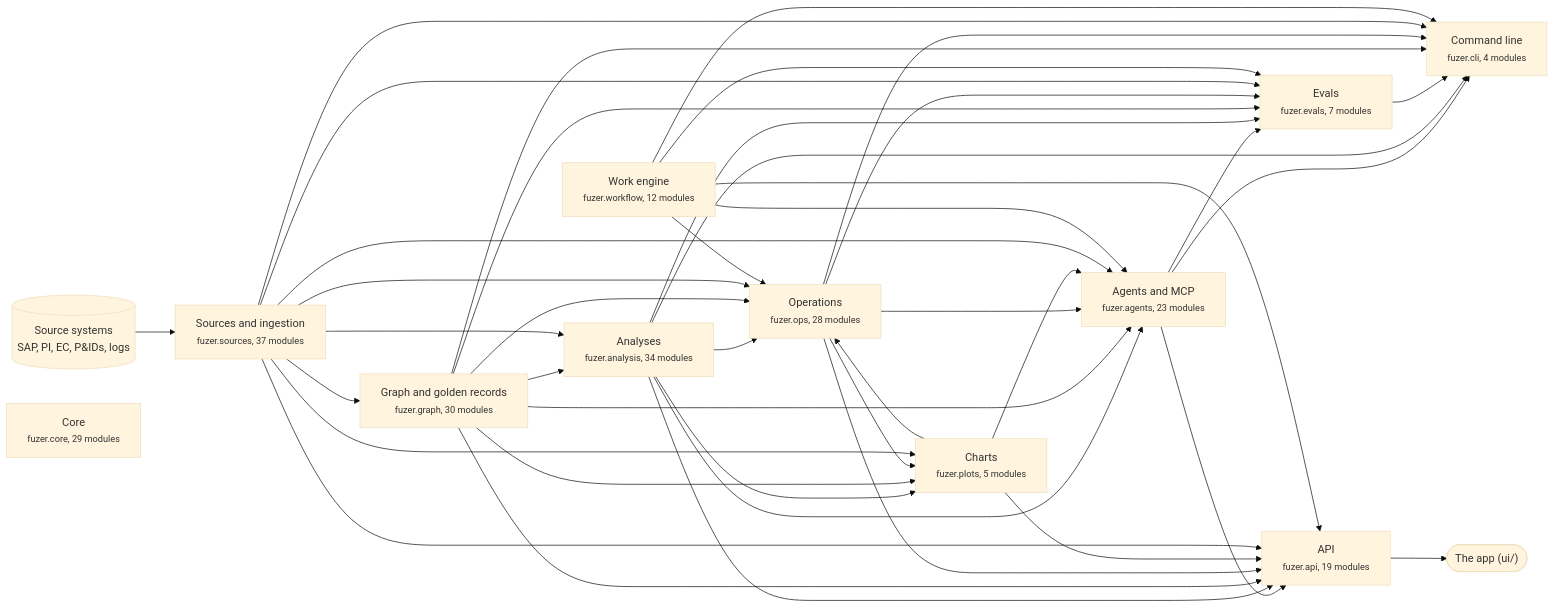
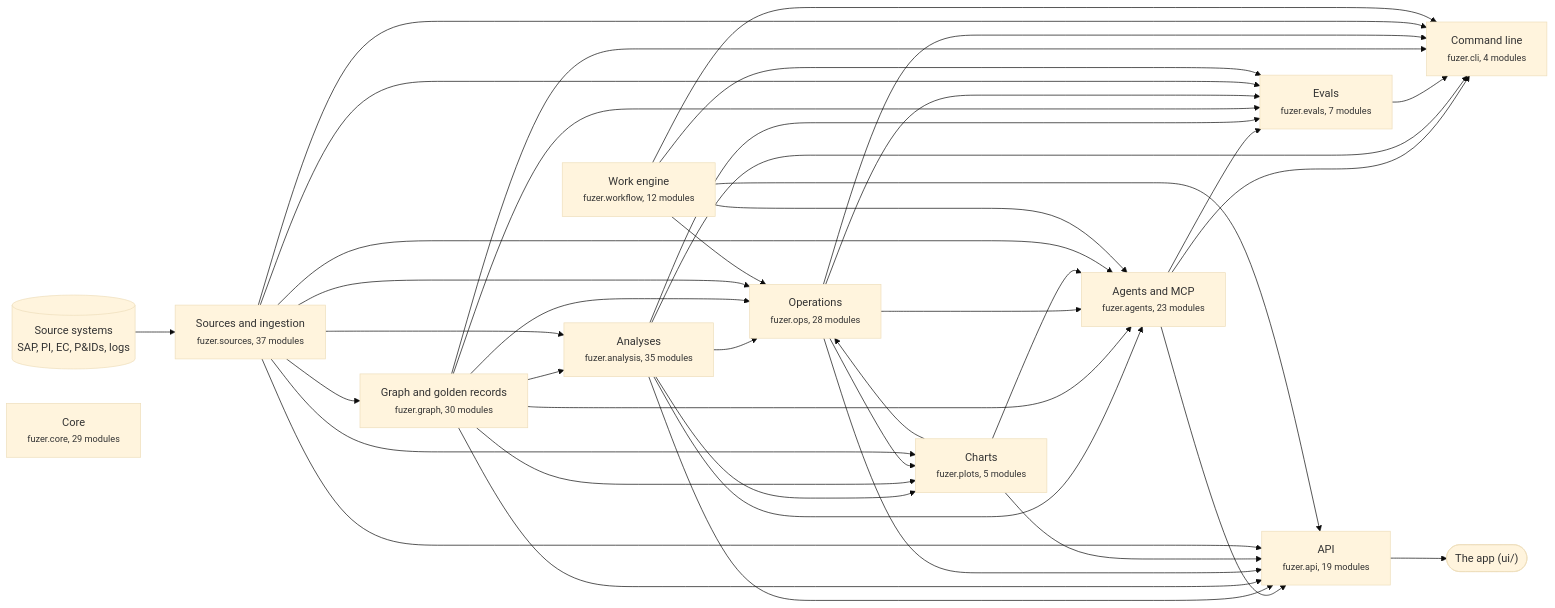
The first of 3 diagrams in docs/architecture.md (areed145/fuzer), drawn with Mermaid (base theme) before and after one commit. The commit also changed other lines of this file and 16 other files, not shown here.

````diff
--- a/docs/architecture.md
+++ b/docs/architecture.md
@@ -8,66 +8,66 @@
 ```mermaid
 flowchart LR
   systems[("Source systems<br>SAP, PI, EC, P&IDs, logs")] --> c_sources
   app(["The app (ui/)"])
   c_api --> app
   c_sources["Sources and ingestion<br><small>fuzer.sources, 37 modules</small>"]
   c_graph["Graph and golden records<br><small>fuzer.graph, 30 modules</small>"]
-  c_analysis["Analyses<br><small>fuzer.analysis, 34 modules</small>"]
+  c_analysis["Analyses<br><small>fuzer.analysis, 35 modules</small>"]
   c_ops["Operations<br><small>fuzer.ops, 28 modules</small>"]
   c_plots["Charts<br><small>fuzer.plots, 5 modules</small>"]
   c_workflow["Work engine<br><small>fuzer.workflow, 12 modules</small>"]
   c_agents["Agents and MCP<br><small>fuzer.agents, 23 modules</small>"]
   c_evals["Evals<br><small>fuzer.evals, 7 modules</small>"]
   c_api["API<br><small>fuzer.api, 19 modules</small>"]
   c_cli["Command line<br><small>fuzer.cli, 4 modules</small>"]
   c_core["Core<br><small>fuzer.core, 29 modules</small>"]
   c_sources --> c_graph
   c_graph --> c_analysis
   c_sources --> c_analysis
   c_analysis --> c_ops
   c_graph --> c_ops
   c_plots --> c_ops
   c_sources --> c_ops
   c_workflow --> c_ops
   c_analysis --> c_plots
   c_graph --> c_plots
   c_ops --> c_plots
   c_sources --> c_plots
   c_analysis --> c_agents
   c_graph --> c_agents
   c_ops --> c_agents
   c_plots --> c_agents
   c_sources --> c_agents
   c_workflow --> c_agents
   c_agents --> c_evals
   c_analysis --> c_evals
   c_graph --> c_evals
   c_ops --> c_evals
   c_sources --> c_evals
   c_workflow --> c_evals
   c_agents --> c_api
   c_analysis --> c_api
   c_graph --> c_api
   c_ops --> c_api
   c_plots --> c_api
   c_sources --> c_api
   c_workflow --> c_api
   c_agents --> c_cli
   c_analysis --> c_cli
   c_evals --> c_cli
   c_graph --> c_cli
   c_ops --> c_cli
   c_sources --> c_cli
   c_workflow --> c_cli
   click c_sources "https://github.com/areed145/fuzer/tree/main/src/fuzer/sources"
   click c_graph "https://github.com/areed145/fuzer/tree/main/src/fuzer/graph"
   click c_analysis "https://github.com/areed145/fuzer/tree/main/src/fuzer/analysis"
   click c_ops "https://github.com/areed145/fuzer/tree/main/src/fuzer/ops"
   click c_plots "https://github.com/areed145/fuzer/tree/main/src/fuzer/plots"
   click c_workflow "https://github.com/areed145/fuzer/tree/main/src/fuzer/workflow"
   click c_agents "https://github.com/areed145/fuzer/tree/main/src/fuzer/agents"
   click c_evals "https://github.com/areed145/fuzer/tree/main/src/fuzer/evals"
   click c_api "https://github.com/areed145/fuzer/tree/main/src/fuzer/api"
   click c_cli "https://github.com/areed145/fuzer/tree/main/src/fuzer/cli"
   click c_core "https://github.com/areed145/fuzer/tree/main/src/fuzer/core"
 ```
````
